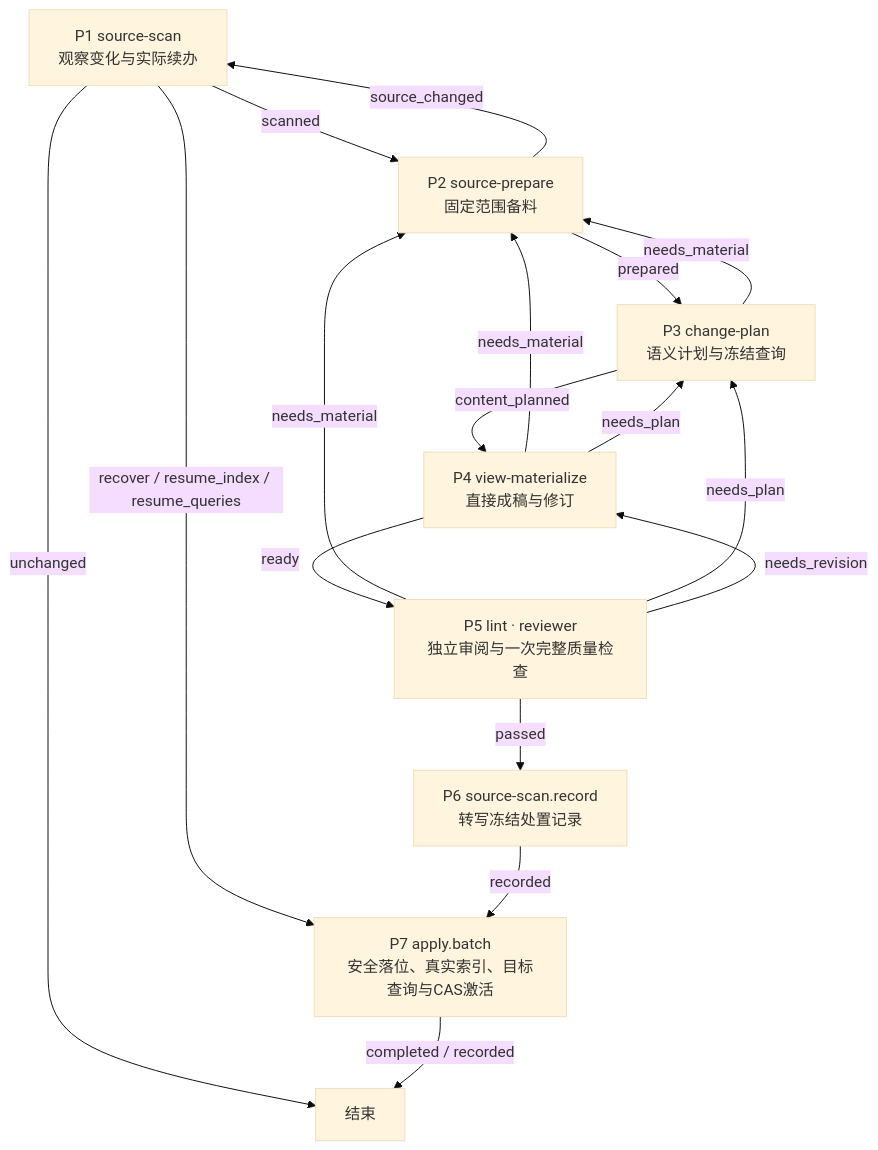
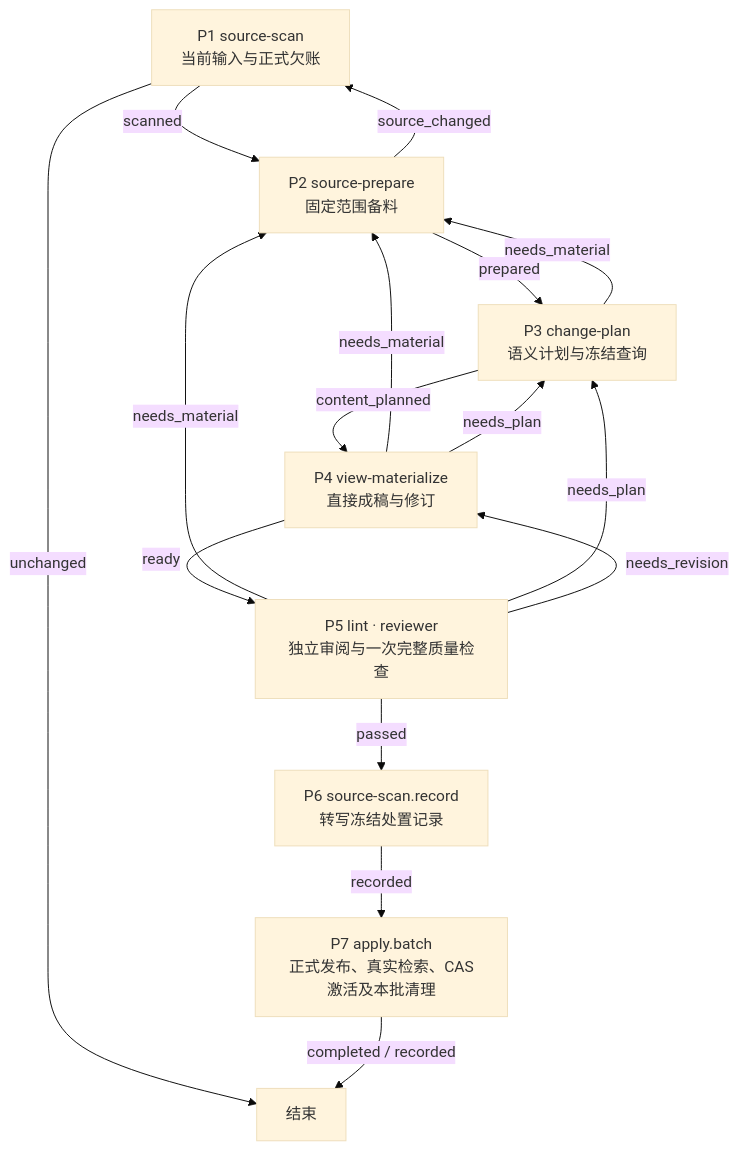
One commit to Robin-hhc/FactumCore changed the fifth of 9 diagrams in himate-knowledge-wifi-mp/docs-llm-wiki/HiMate知识库架构设计.md. Above: the diagram before and after it, drawn with Mermaid (base theme). The commit also changed other lines of this file and 11 other files, not shown here.

````diff
--- a/himate-knowledge-wifi-mp/docs-llm-wiki/HiMate知识库架构设计.md
+++ b/himate-knowledge-wifi-mp/docs-llm-wiki/HiMate知识库架构设计.md
@@ -398,19 +398,18 @@
 ```mermaid
 flowchart TD
-    P1["P1 source-scan<br/>观察变化与实际续办"] -->|scanned| P2["P2 source-prepare<br/>固定范围备料"]
+    P1["P1 source-scan<br/>当前输入与正式欠账"] -->|scanned| P2["P2 source-prepare<br/>固定范围备料"]
     P1 -->|unchanged| END["结束"]
-    P1 -->|recover / resume_index / resume_queries| P7
     P2 -->|prepared| P3["P3 change-plan<br/>语义计划与冻结查询"]
     P2 -->|source_changed| P1
     P3 -->|content_planned| P4["P4 view-materialize<br/>直接成稿与修订"]
     P3 -->|needs_material| P2
     P4 -->|ready| P5["P5 lint · reviewer<br/>独立审阅与一次完整质量检查"]
     P4 -->|needs_material| P2
     P4 -->|needs_plan| P3
     P5 -->|needs_material| P2
     P5 -->|needs_plan| P3
     P5 -->|needs_revision| P4
     P5 -->|passed| P6["P6 source-scan.record<br/>转写冻结处置记录"]
-    P6 -->|recorded| P7["P7 apply.batch<br/>安全落位、真实索引、目标查询与CAS激活"]
+    P6 -->|recorded| P7["P7 apply.batch<br/>正式发布、真实检索、CAS激活及本批清理"]
     P7 -->|completed / recorded| END
 ```
````
